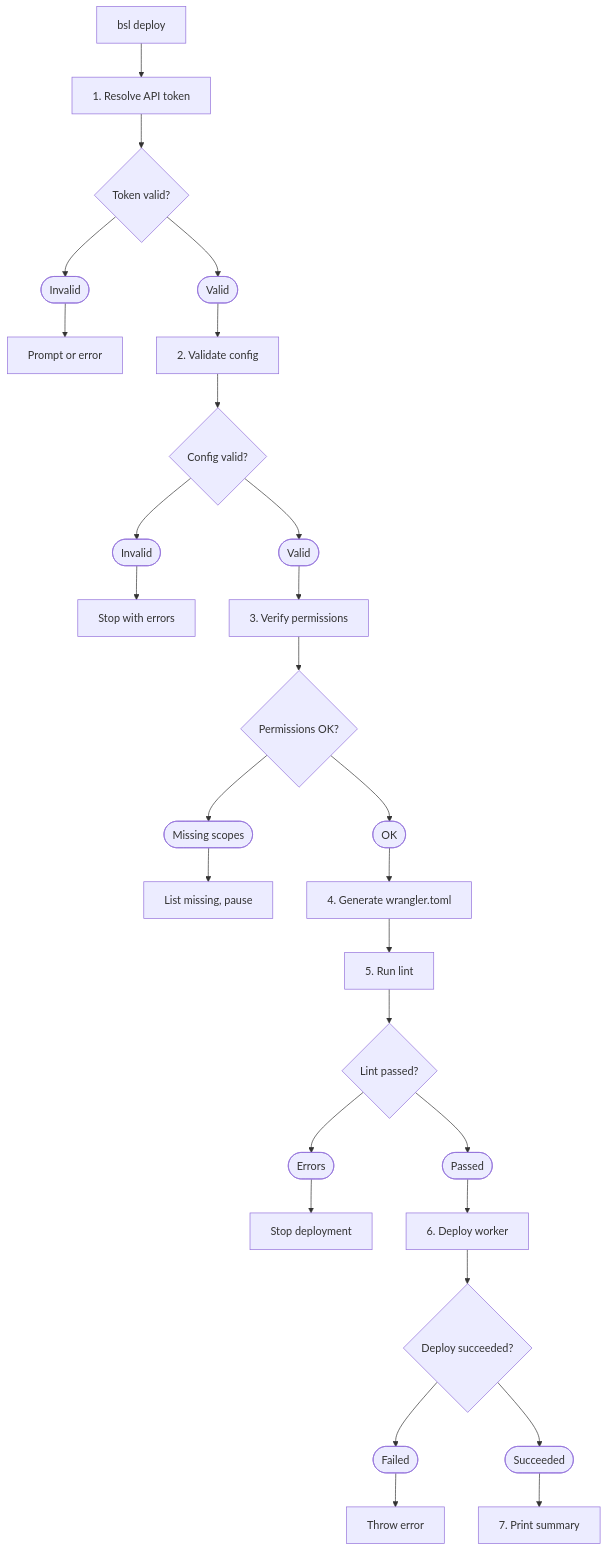
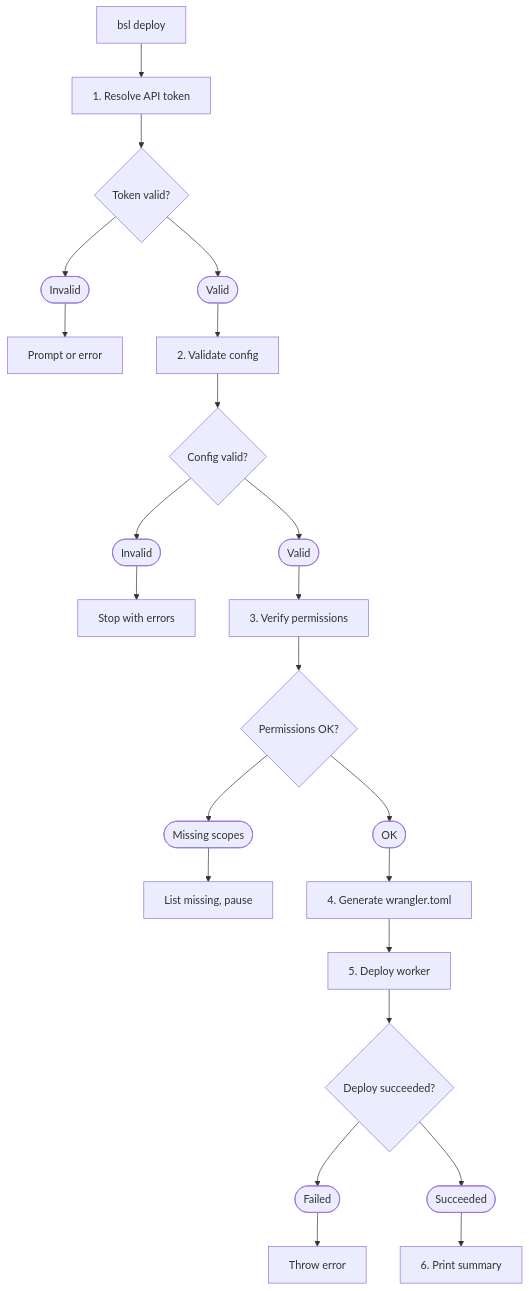
Before and after one commit to cbnventures/branded-short-links: the diagram in apps/docs/docs/deployment/cloudflare.mdx, drawn with Mermaid. The commit also changed other lines of this file and 60 other files, not shown here.

````diff
--- a/apps/docs/docs/deployment/cloudflare.mdx
+++ b/apps/docs/docs/deployment/cloudflare.mdx
@@ -27,20 +27,17 @@
 ```mermaid
 graph TD
     Start[bsl deploy] --> Step1["1. Resolve API token"]
     Step1 --> TokenOk{Token valid?}
     TokenOk --> TokenNo(["Invalid"]):::muted --> TokenFail[Prompt or error]
     TokenOk --> Step2(["Valid"]):::muted --> Validate["2. Validate config"]
     Validate --> ValidOk{Config valid?}
     ValidOk --> ValidNo(["Invalid"]):::muted --> ValidFail[Stop with errors]
     ValidOk --> Step3(["Valid"]):::muted --> Perms["3. Verify permissions"]
     Perms --> PermsOk{Permissions OK?}
     PermsOk --> PermsNo(["Missing scopes"]):::muted --> PermsFail[List missing, pause]
     PermsOk --> Step4(["OK"]):::muted --> Generate["4. Generate wrangler.toml"]
-    Generate --> Step5["5. Run lint"]
-    Step5 --> LintOk{Lint passed?}
-    LintOk --> LintNo(["Errors"]):::muted --> LintFail[Stop deployment]
-    LintOk --> Step6(["Passed"]):::muted --> Deploy["6. Deploy worker"]
+    Generate --> Deploy["5. Deploy worker"]
     Deploy --> DeployOk{Deploy succeeded?}
     DeployOk --> DeployNo(["Failed"]):::muted --> DeployFail[Throw error]
-    DeployOk --> Step7(["Succeeded"]):::muted --> Summary["7. Print summary"]
+    DeployOk --> Step6(["Succeeded"]):::muted --> Summary["6. Print summary"]
 ```
````
